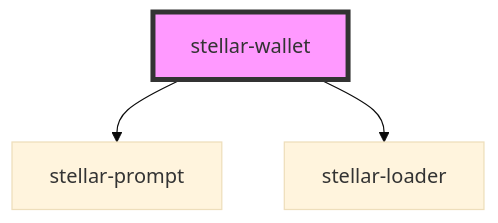
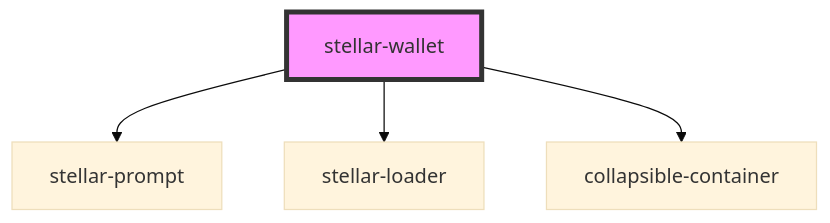
One commit to stellar/stellar-demo-wallet changed the diagram in src/components/wallet/readme.md. Above: the diagram before and after it, drawn with Mermaid (base theme). The commit also changed other lines of this file and 5 other files, not shown here.

````diff
--- a/src/components/wallet/readme.md
+++ b/src/components/wallet/readme.md
@@ -23,6 +24,7 @@
 ```mermaid
 graph TD;
   stellar-wallet --> stellar-prompt
   stellar-wallet --> stellar-loader
+  stellar-wallet --> collapsible-container
   style stellar-wallet fill:#f9f,stroke:#333,stroke-width:4px
 ```
````
